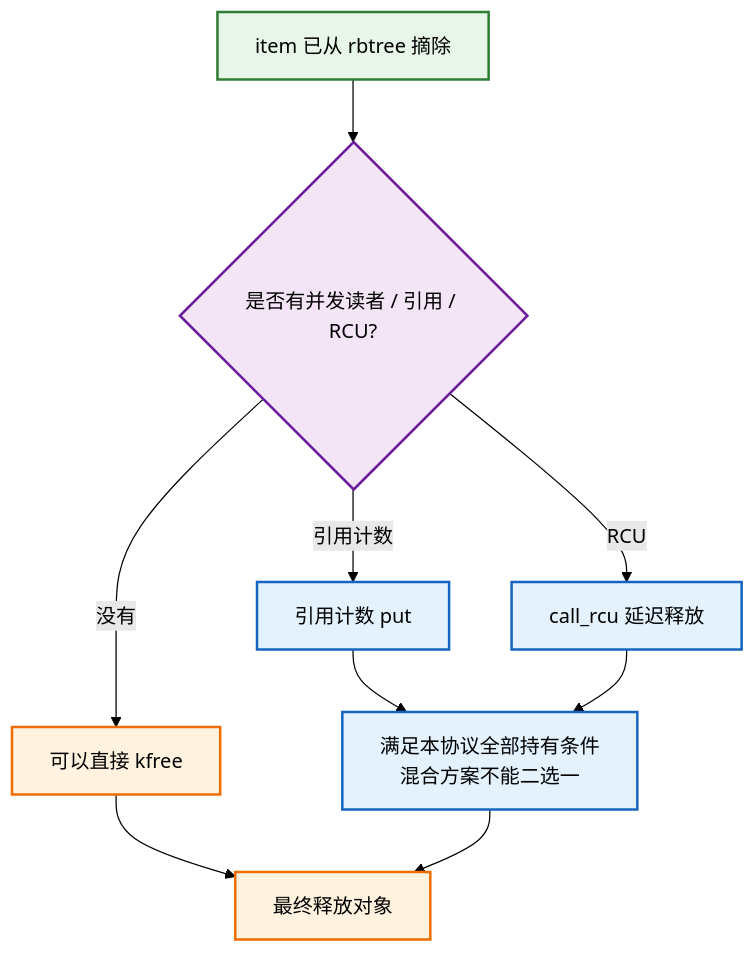
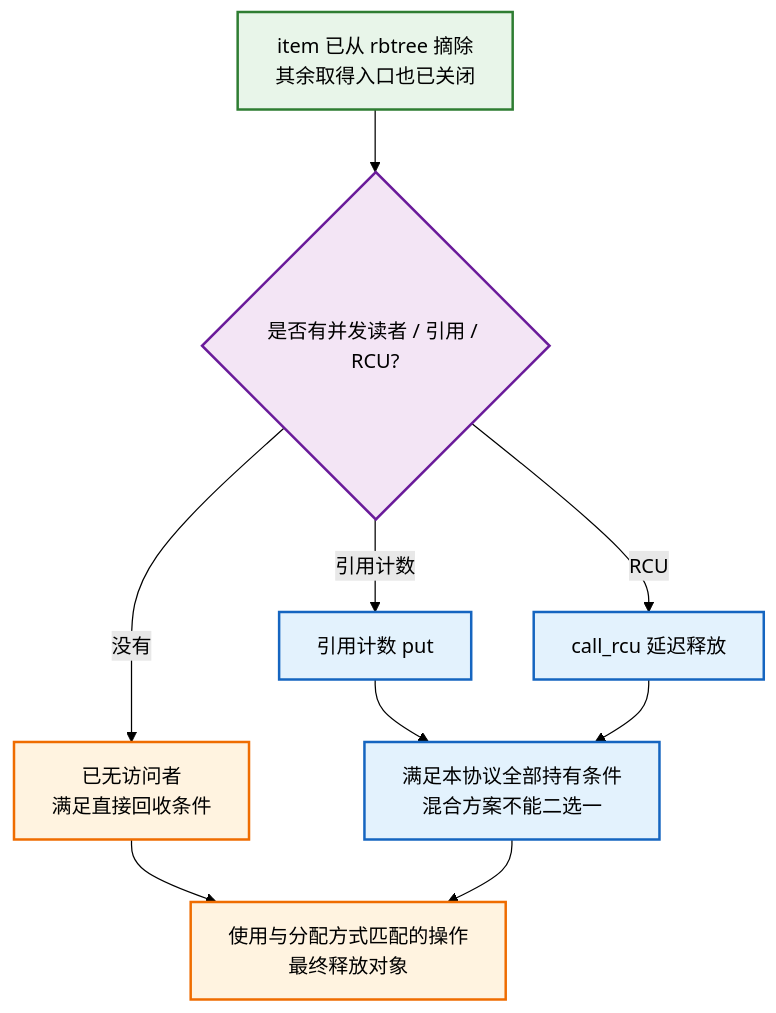
Before and after one commit to FormingSystem/linux_note: diagram 25 of 30 in knowledge/linux/data_structures/红黑树_rb-tree/P37_构建rbtree调用者接口.md, drawn with Mermaid (forest theme). The commit also changed other lines of this file and 2 other files, not shown here.

````diff
--- a/knowledge/linux/data_structures/红黑树_rb-tree/P37_构建rbtree调用者接口.md
+++ b/knowledge/linux/data_structures/红黑树_rb-tree/P37_构建rbtree调用者接口.md
@@ -2014,30 +2011,30 @@
 ```mermaid
 graph TD
-	removed["item 已从 rbtree 摘除"]
+	removed["item 已从 rbtree 摘除<br/>其余取得入口也已关闭"]
 	no_ref{"是否有并发读者 / 引用 / RCU?"}
-	direct_free["可以直接 kfree"]
+	direct_free["已无访问者<br/>满足直接回收条件"]
 	ref_put["引用计数 put"]
 	rcu_free["call_rcu 延迟释放"]
 	wait_done["满足本协议全部持有条件<br/>混合方案不能二选一"]
-	final_free["最终释放对象"]
+	final_free["使用与分配方式匹配的操作<br/>最终释放对象"]
 
 	removed --> no_ref
 	no_ref -->|没有| direct_free
 	no_ref -->|引用计数| ref_put
 	no_ref -->|RCU| rcu_free
 
 	direct_free --> final_free
 	ref_put --> wait_done
 	rcu_free --> wait_done
 	wait_done --> final_free
 
 	classDef state fill:#e8f5e9,stroke:#2e7d32,color:#000,stroke-width:2px;
 	classDef decision fill:#f3e5f5,stroke:#6a1b9a,color:#000,stroke-width:2px;
 	classDef action fill:#e3f2fd,stroke:#1565c0,color:#000,stroke-width:2px;
 	classDef free fill:#fff3e0,stroke:#ef6c00,color:#000,stroke-width:2px;
 
 	class removed state;
 	class no_ref decision;
 	class ref_put,rcu_free,wait_done action;
 	class direct_free,final_free free;
 ```
````
